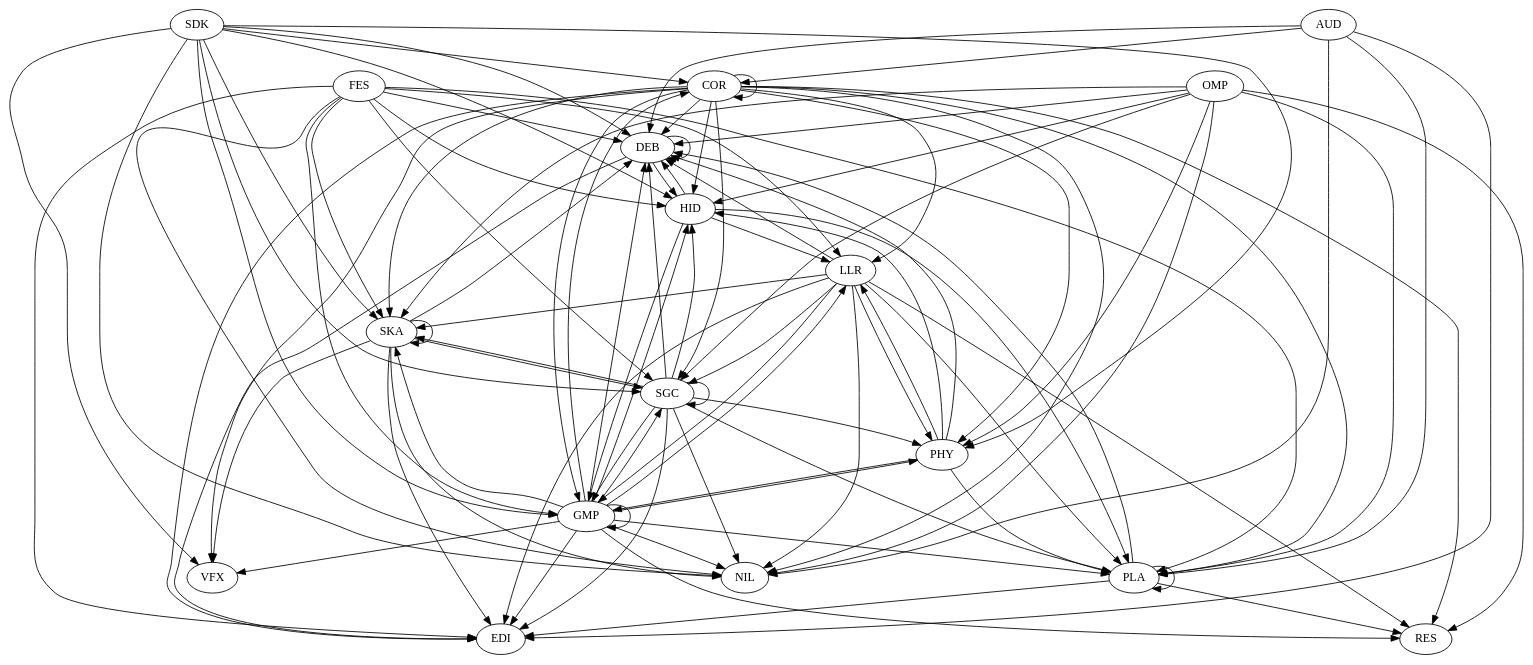
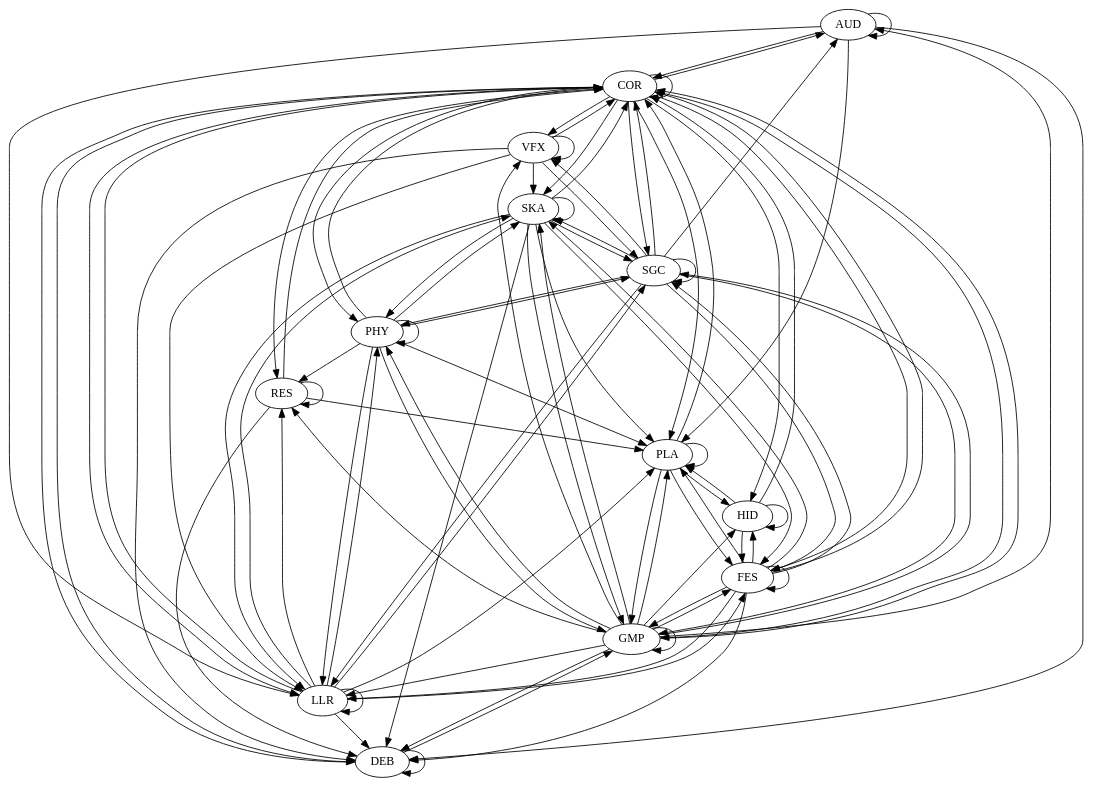
The diagram in 6_architectural_map_gen/outputs/gameplay.dot (gamedev-studies/game-engine-analyser), drawn with Graphviz before and after one commit. The commit also changed 10 other files, not shown here.

```diff
--- a/6_architectural_map_gen/outputs/gameplay.dot
+++ b/6_architectural_map_gen/outputs/gameplay.dot
@@ -1,99 +1,99 @@
 digraph "source tree" {
+	"AUD" -> "AUD"
 	"AUD" -> "COR"
 	"AUD" -> "DEB"
-	"AUD" -> "EDI"
-	"AUD" -> "NIL"
+	"AUD" -> "LLR"
 	"AUD" -> "PLA"
+	"COR" -> "AUD"
 	"COR" -> "COR"
 	"COR" -> "DEB"
-	"COR" -> "EDI"
+	"COR" -> "FES"
 	"COR" -> "GMP"
 	"COR" -> "HID"
 	"COR" -> "LLR"
-	"COR" -> "NIL"
 	"COR" -> "PHY"
 	"COR" -> "PLA"
 	"COR" -> "RES"
 	"COR" -> "SGC"
 	"COR" -> "SKA"
 	"COR" -> "VFX"
+	"DEB" -> "COR"
 	"DEB" -> "DEB"
-	"DEB" -> "EDI"
-	"DEB" -> "HID"
+	"DEB" -> "GMP"
+	"FES" -> "COR"
 	"FES" -> "DEB"
-	"FES" -> "EDI"
+	"FES" -> "FES"
 	"FES" -> "GMP"
 	"FES" -> "HID"
 	"FES" -> "LLR"
-	"FES" -> "NIL"
 	"FES" -> "PLA"
 	"FES" -> "SGC"
 	"FES" -> "SKA"
+	"GMP" -> "AUD"
 	"GMP" -> "COR"
 	"GMP" -> "DEB"
-	"GMP" -> "EDI"
+	"GMP" -> "FES"
 	"GMP" -> "GMP"
 	"GMP" -> "HID"
 	"GMP" -> "LLR"
-	"GMP" -> "NIL"
 	"GMP" -> "PHY"
 	"GMP" -> "PLA"
 	"GMP" -> "RES"
 	"GMP" -> "SGC"
 	"GMP" -> "SKA"
 	"GMP" -> "VFX"
-	"HID" -> "DEB"
-	"HID" -> "GMP"
-	"HID" -> "LLR"
+	"HID" -> "COR"
+	"HID" -> "FES"
+	"HID" -> "HID"
 	"HID" -> "PLA"
+	"LLR" -> "COR"
 	"LLR" -> "DEB"
-	"LLR" -> "EDI"
-	"LLR" -> "GMP"
-	"LLR" -> "NIL"
+	"LLR" -> "FES"
+	"LLR" -> "LLR"
 	"LLR" -> "PHY"
 	"LLR" -> "PLA"
 	"LLR" -> "RES"
 	"LLR" -> "SGC"
 	"LLR" -> "SKA"
-	"OMP" -> "DEB"
-	"OMP" -> "HID"
-	"OMP" -> "NIL"
-	"OMP" -> "PHY"
-	"OMP" -> "PLA"
-	"OMP" -> "RES"
-	"OMP" -> "SGC"
-	"OMP" -> "SKA"
-	"PHY" -> "DEB"
+	"PHY" -> "COR"
 	"PHY" -> "GMP"
-	"PHY" -> "HID"
 	"PHY" -> "LLR"
+	"PHY" -> "PHY"
 	"PHY" -> "PLA"
-	"PLA" -> "DEB"
-	"PLA" -> "EDI"
+	"PHY" -> "RES"
+	"PHY" -> "SGC"
+	"PHY" -> "SKA"
+	"PLA" -> "COR"
+	"PLA" -> "FES"
+	"PLA" -> "GMP"
+	"PLA" -> "HID"
 	"PLA" -> "PLA"
-	"PLA" -> "RES"
-	"SDK" -> "COR"
-	"SDK" -> "DEB"
-	"SDK" -> "GMP"
-	"SDK" -> "HID"
-	"SDK" -> "NIL"
-	"SDK" -> "PHY"
-	"SDK" -> "SGC"
-	"SDK" -> "SKA"
-	"SDK" -> "VFX"
-	"SGC" -> "DEB"
-	"SGC" -> "EDI"
+	"RES" -> "COR"
+	"RES" -> "DEB"
+	"RES" -> "PLA"
+	"RES" -> "RES"
+	"SGC" -> "AUD"
+	"SGC" -> "COR"
+	"SGC" -> "FES"
 	"SGC" -> "GMP"
-	"SGC" -> "HID"
-	"SGC" -> "NIL"
+	"SGC" -> "LLR"
 	"SGC" -> "PHY"
-	"SGC" -> "PLA"
 	"SGC" -> "SGC"
 	"SGC" -> "SKA"
+	"SGC" -> "VFX"
+	"SKA" -> "COR"
 	"SKA" -> "DEB"
-	"SKA" -> "EDI"
-	"SKA" -> "NIL"
+	"SKA" -> "FES"
+	"SKA" -> "GMP"
+	"SKA" -> "LLR"
+	"SKA" -> "PHY"
+	"SKA" -> "PLA"
 	"SKA" -> "SGC"
 	"SKA" -> "SKA"
-	"SKA" -> "VFX"
+	"VFX" -> "COR"
+	"VFX" -> "DEB"
+	"VFX" -> "LLR"
+	"VFX" -> "SGC"
+	"VFX" -> "SKA"
+	"VFX" -> "VFX"
 }
```
